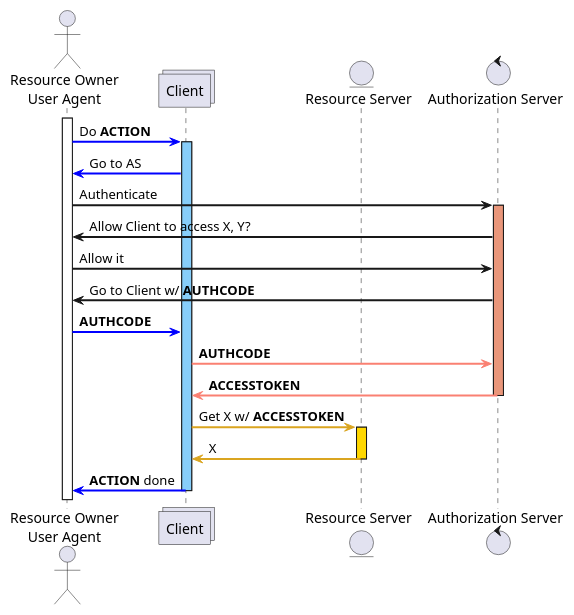
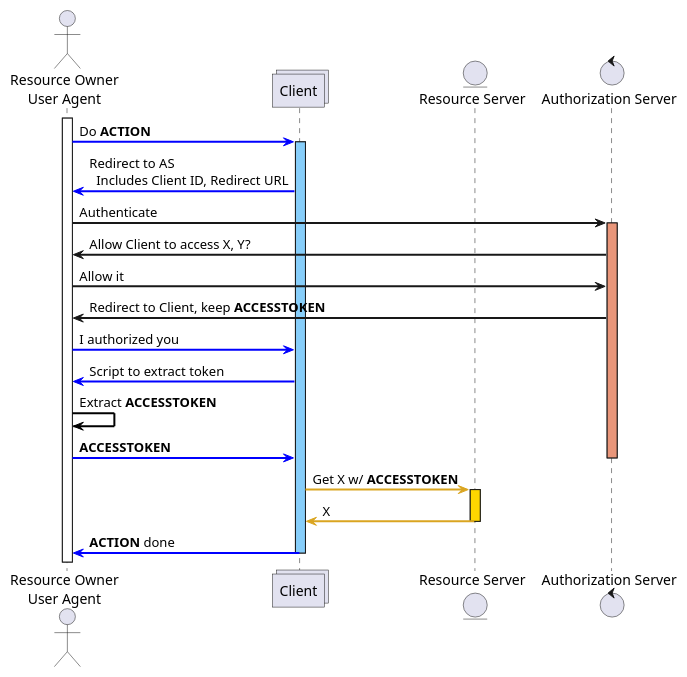
The second of 4 diagrams in oauth/Readme.md (sorelmitra/learn), drawn with PlantUML before and after one commit. The commit also changed other lines of this file, not shown here.

````diff
--- a/oauth/Readme.md
+++ b/oauth/Readme.md
@@ -101,33 +120,34 @@
 ```plantuml
 skinparam sequenceArrowThickness 2
 
 actor RO as "Resource Owner\nUser Agent"
 collections Client as "Client"
 entity RS as "Resource Server"
 control AS as "Authorization Server"
 
 activate RO
 RO -[#Blue]> Client: Do **ACTION**
 
 activate Client #LightSkyBlue
-Client -[#Blue]> RO: Go to AS
+Client -[#Blue]> RO: Redirect to AS\n  Includes Client ID, Redirect URL
 RO -> AS: Authenticate
 
 activate AS #DarkSalmon
 AS-> RO: Allow Client to access X, Y?
 RO -> AS: Allow it
-AS -> RO: Go to Client w/ **AUTHCODE**
-RO -[#Blue]> Client: **AUTHCODE**
-Client -[#Salmon]> AS: **AUTHCODE**
-AS -[#Salmon]> Client: **ACCESSTOKEN**
+AS -> RO: Redirect to Client, keep **ACCESSTOKEN**
+RO -[#Blue]> Client: I authorized you
+Client -[#Blue]> RO: Script to extract token
+RO -[#Black]> RO: Extract **ACCESSTOKEN**
+RO -[#Blue]> Client: **ACCESSTOKEN**
 deactivate AS
 
 Client -[#GoldenRod]> RS: Get X w/ **ACCESSTOKEN**
 
 activate RS #Gold
 RS -[#GoldenRod]> Client: X
 deactivate RS
 
 Client -[#Blue]> RO: **ACTION** done
 deactivate Client
 ```
````
